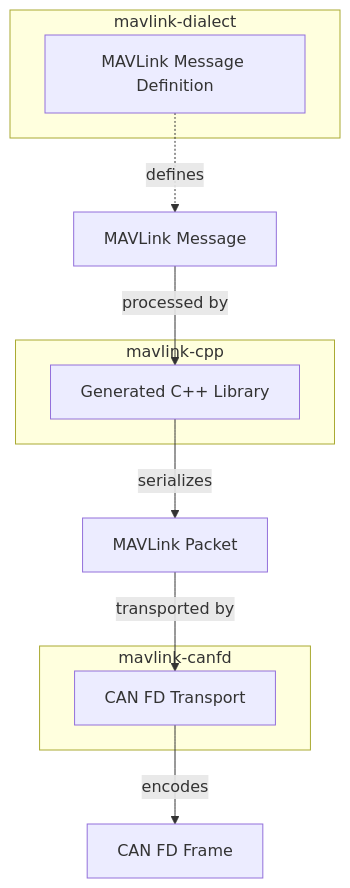
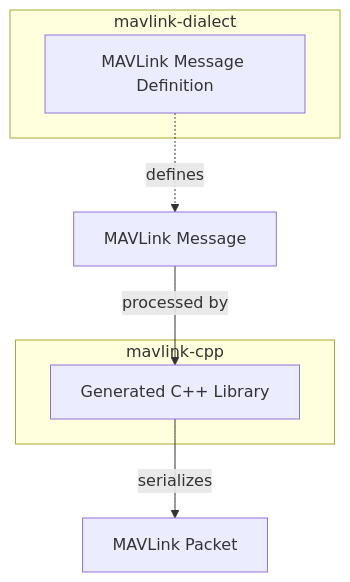
Before and after one commit to TeamMeltingPoppo/mavlink-dialect: the third of 3 diagrams in docs/architecture.md, drawn with Mermaid. The commit also changed other lines of this file and 14 other files, not shown here.

````diff
--- a/docs/architecture.md
+++ b/docs/architecture.md
@@ -138,24 +134,17 @@
 ```mermaid
 flowchart TB
     subgraph Dialect["mavlink-dialect"]
         Definition["MAVLink Message Definition"]
     end
 
     subgraph Cpp["mavlink-cpp"]
         Library["Generated C++ Library"]
     end
 
-    subgraph CANFD["mavlink-canfd"]
-        Transport["CAN FD Transport"]
-    end
-
     Message["MAVLink Message"]
     Packet["MAVLink Packet"]
-    Frame["CAN FD Frame"]
 
     Definition -.->|defines| Message
     Message -->|processed by| Library
     Library -->|serializes| Packet
-    Packet -->|transported by| Transport
-    Transport -->|encodes| Frame
 ```
````
